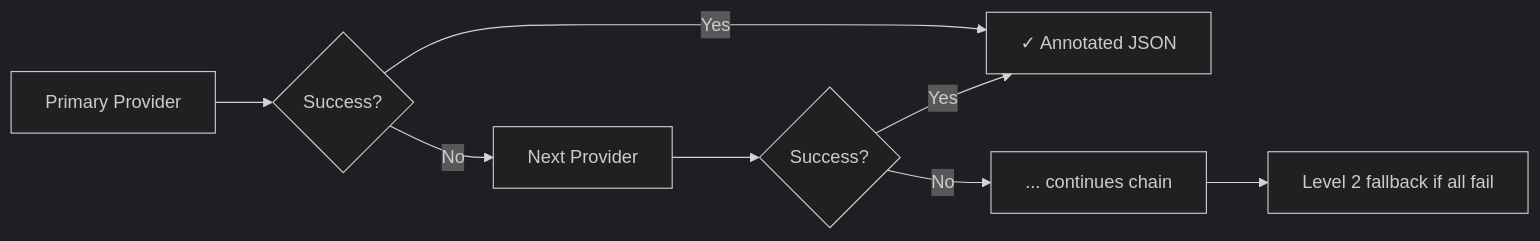
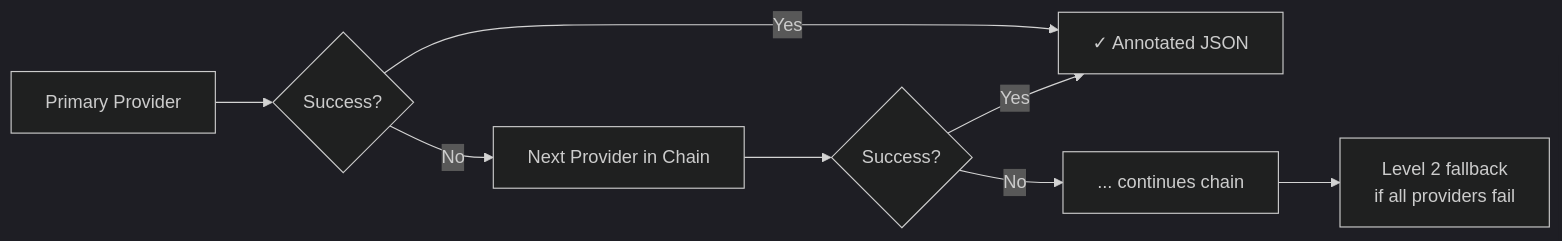
Before and after one commit to rai8053/indic-ocr-pipeline: the third of 3 diagrams in README.md, drawn with Mermaid (dark theme). The commit also changed other lines of this file, not shown here.

````diff
--- a/README.md
+++ b/README.md
@@ -383,10 +184,10 @@
 ```mermaid
 graph LR
-    A[Primary Provider] --> B{Success?}
-    B -->|Yes| C[✓ Annotated JSON]
-    B -->|No| D[Next Provider]
-    D --> E{Success?}
-    E -->|Yes| C
-    E -->|No| F[... continues chain]
-    F --> G[Level 2 fallback if all fail]
+    A["Primary Provider"] --> B{"Success?"}
+    B -->|"Yes"| C["✓ Annotated JSON"]
+    B -->|"No"| D["Next Provider in Chain"]
+    D --> E{"Success?"}
+    E -->|"Yes"| C
+    E -->|"No"| F["... continues chain"]
+    F --> G["Level 2 fallback<br/>if all providers fail"]
 ```
````
